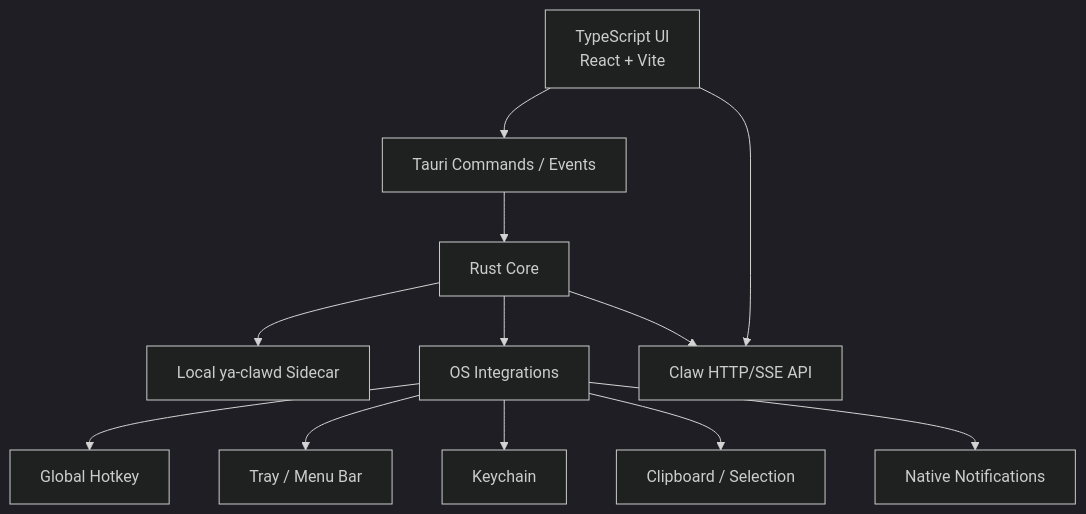
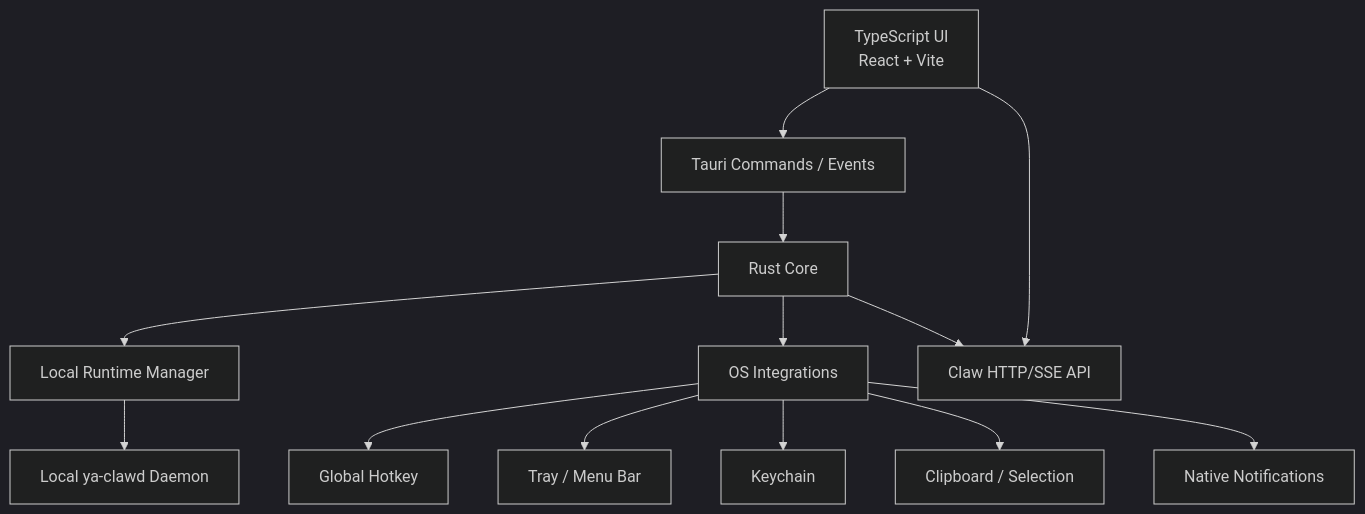
The diagram in apps/ya-desktop/spec/08-ui-technology-decision.md (Alexsu26/ya-mono), drawn with Mermaid (dark theme) before and after one commit. The commit also changed other lines of this file and 25 other files, not shown here.

First line of the commit message:
feat(desktop): add runtime manager updates (#206)

````diff
--- a/apps/ya-desktop/spec/08-ui-technology-decision.md
+++ b/apps/ya-desktop/spec/08-ui-technology-decision.md
@@ -54,15 +54,16 @@
 ```mermaid
 flowchart TB
     UI[TypeScript UI<br/>React + Vite] --> Bridge[Tauri Commands / Events]
     Bridge --> RustCore[Rust Core]
-    RustCore --> Sidecar[Local ya-clawd Sidecar]
+    RustCore --> RuntimeManager[Local Runtime Manager]
+    RuntimeManager --> Clawd[Local ya-clawd Daemon]
     RustCore --> OS[OS Integrations]
     UI --> ClawAPI[Claw HTTP/SSE API]
     RustCore --> ClawAPI
 
     OS --> Hotkey[Global Hotkey]
     OS --> Tray[Tray / Menu Bar]
     OS --> Keychain[Keychain]
     OS --> Clipboard[Clipboard / Selection]
     OS --> Notifications[Native Notifications]
 ```
````
